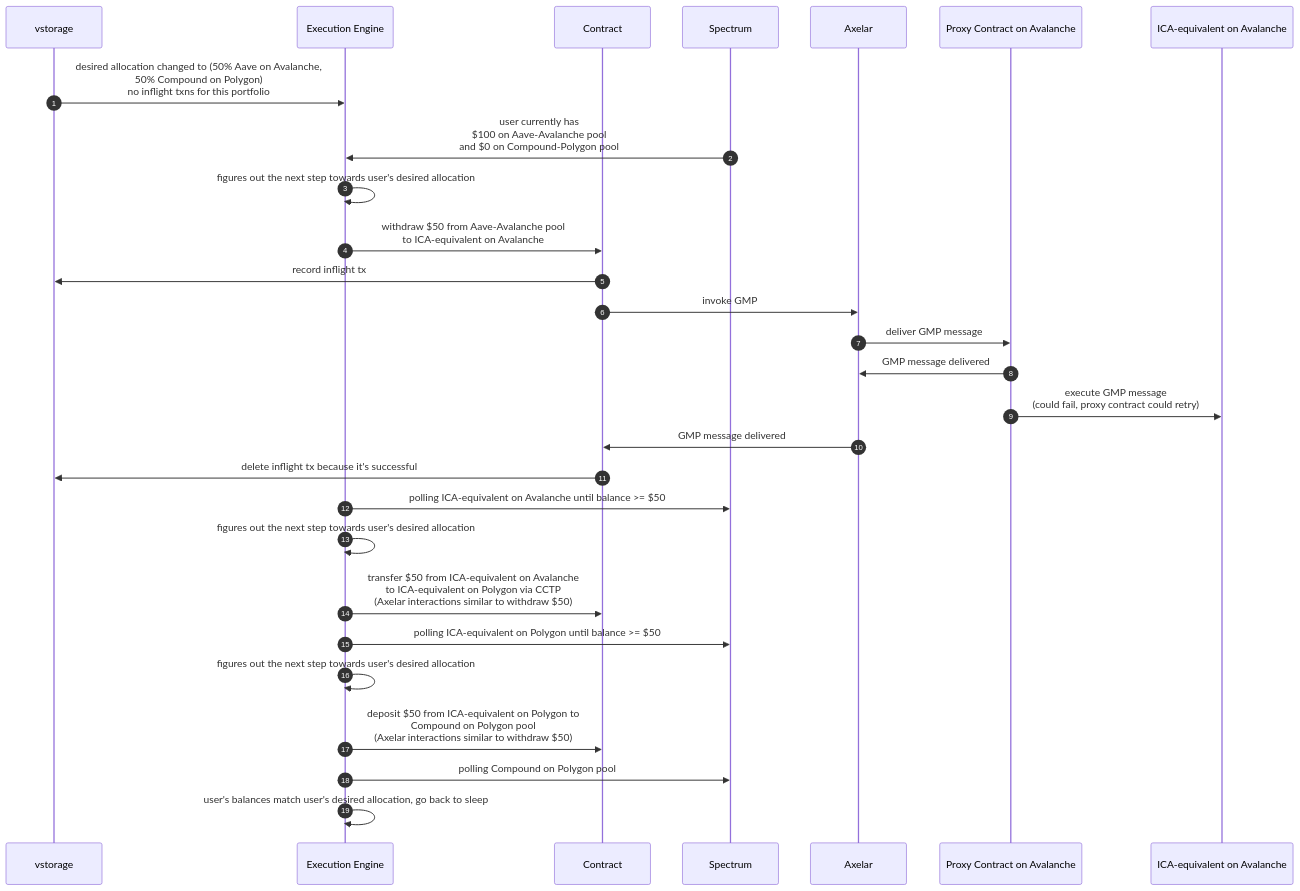
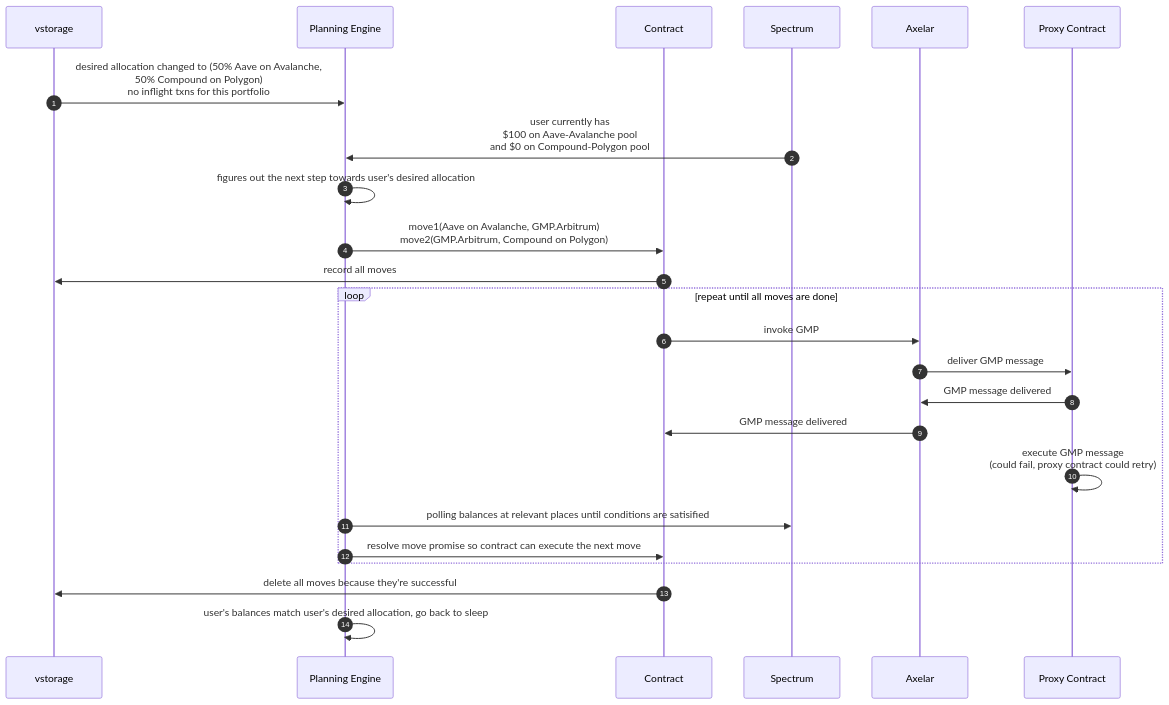
The eighth of 8 diagrams in packages/portfolio-contract/DESIGN-MVP.md (Agoric/agoric-sdk), drawn with Mermaid before and after one commit. The commit also changed other lines of this file, not shown here.

Commit message:
docs(portfolio-contract): update MVP design to match moves spec

````diff
--- a/packages/portfolio-contract/DESIGN-MVP.md
+++ b/packages/portfolio-contract/DESIGN-MVP.md
@@ -80,26 +80,23 @@
 ```mermaid
 sequenceDiagram
   autoNumber
   participant vstorage
-  participant EE as Execution Engine
+  participant EE as Planning Engine
   participant Contract
   vstorage ->> EE: desired allocation changed to (50% Aave on Avalanche,<br/>50% Compound on Polygon)<br/>no inflight txns for this portfolio
   Spectrum ->> EE: user currently has<br/>$100 on Aave-Avalanche pool<br/>and $0 on Compound-Polygon pool
   EE ->> EE: figures out the next step towards user's desired allocation
-  EE ->> Contract: withdraw $50 from Aave-Avalanche pool<br/>to ICA-equivalent on Avalanche
-  Contract ->> vstorage: record inflight tx
+  EE ->> Contract: move1(Aave on Avalanche, GMP.Arbitrum)<br/>move2(GMP.Arbitrum, Compound on Polygon)
+  Contract ->> vstorage: record all moves
+  loop repeat until all moves are done
   Contract ->> Axelar: invoke GMP
-  Axelar ->> Proxy Contract on Avalanche: deliver GMP message
-  Proxy Contract on Avalanche ->> Axelar: GMP message delivered
-  Proxy Contract on Avalanche ->> ICA-equivalent on Avalanche: execute GMP message<br/>(could fail, proxy contract could retry)
+  Axelar ->> Proxy Contract: deliver GMP message
+  Proxy Contract ->> Axelar: GMP message delivered
   Axelar ->> Contract: GMP message delivered
-  Contract ->> vstorage: delete inflight tx because it's successful
-  EE ->> Spectrum: polling ICA-equivalent on Avalanche until balance >= $50
-  EE ->> EE: figures out the next step towards user's desired allocation
-  EE ->> Contract: transfer $50 from ICA-equivalent on Avalanche<br/>to ICA-equivalent on Polygon via CCTP<br/>(Axelar interactions similar to withdraw $50)
-  EE ->> Spectrum: polling ICA-equivalent on Polygon until balance >= $50
-  EE ->> EE: figures out the next step towards user's desired allocation
-  EE ->> Contract: deposit $50 from ICA-equivalent on Polygon to<br/>Compound on Polygon pool<br/>(Axelar interactions similar to withdraw $50)
-  EE ->> Spectrum: polling Compound on Polygon pool
+  Proxy Contract ->> Proxy Contract: execute GMP message<br/>(could fail, proxy contract could retry)
+  EE ->> Spectrum: polling balances at relevant places until conditions are satisified
+  EE ->> Contract: resolve move promise so contract can execute the next move
+  end
+  Contract ->> vstorage: delete all moves because they're successful
   EE ->> EE: user's balances match user's desired allocation, go back to sleep
 ```
````
